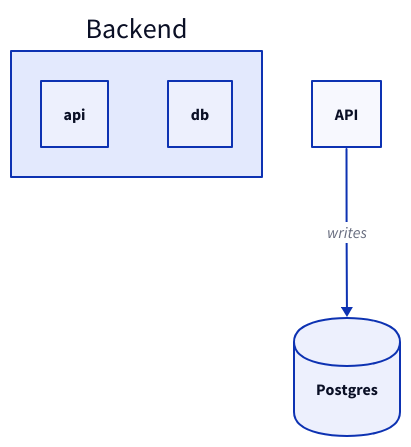
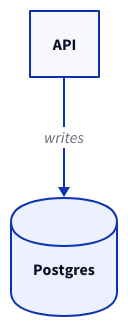
Before and after one commit to theodo-group/epure: the diagram in README.md, drawn with D2. The commit also changed other lines of this file and 2 other files, not shown here.

````diff
--- a/README.md
+++ b/README.md
@@ -78,12 +73,6 @@
 ```d2
-# system.epr.d2  — topology (the source of truth)
+# system.epr.d2
 api: API { shape: rectangle }
 db: Postgres { shape: cylinder }
 api -> db: "writes"
-
-# groups list member ids (no `shape:`):
-Backend: "Backend" {
-  api
-  db
-}
 ```
````
